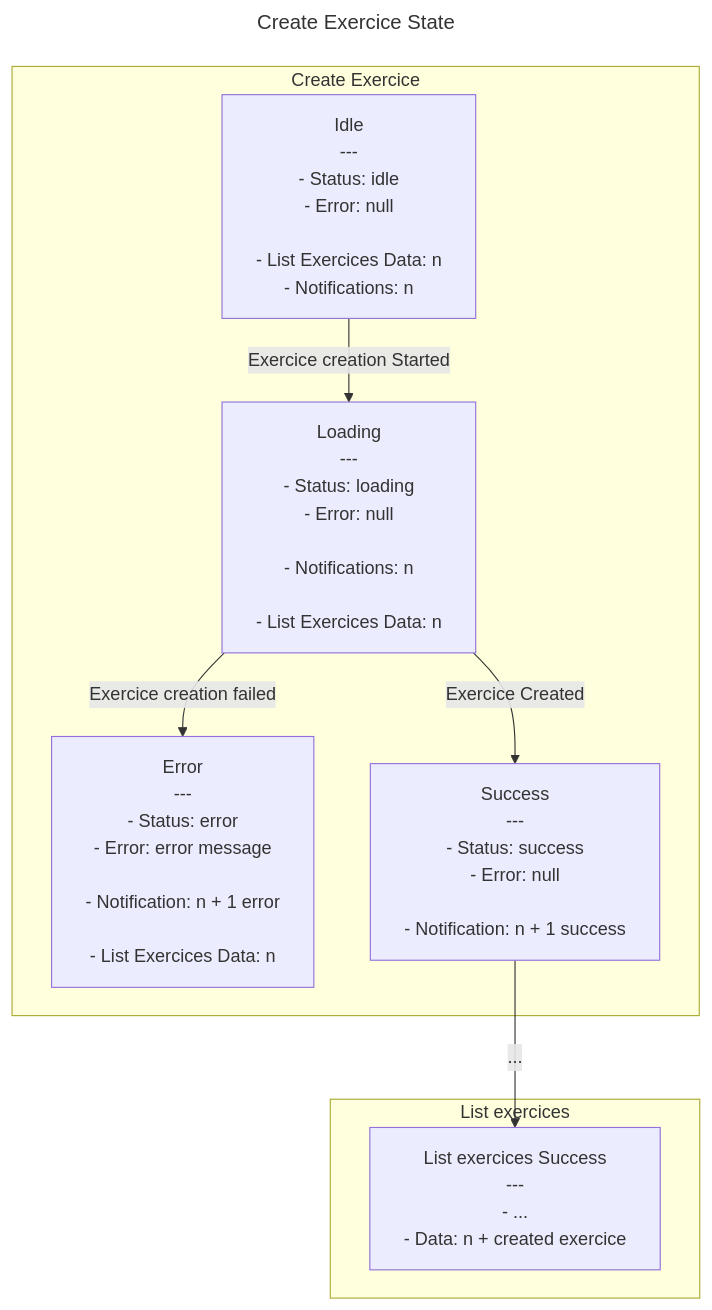
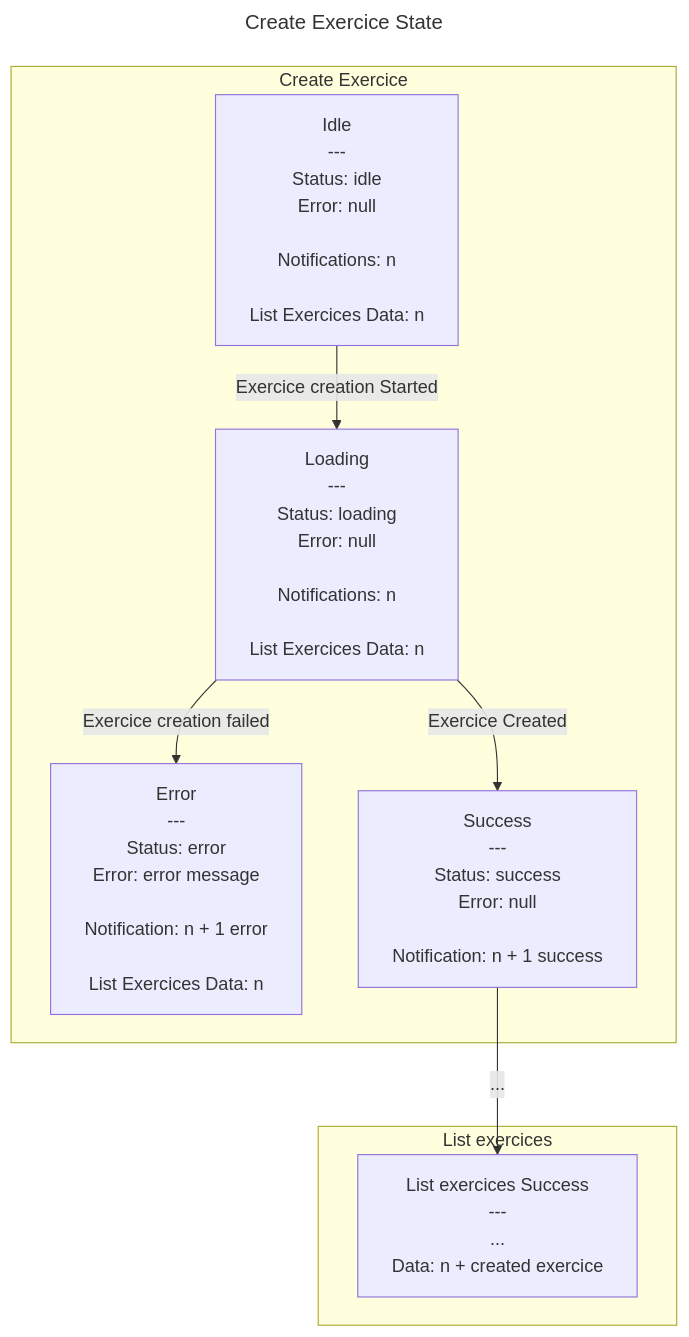
The third of 3 diagrams in README.md (davidroberto/react-redux-clean-architecture-tdd-eda-vertical-slices), drawn with Mermaid before and after one commit. The commit also changed 5 other files, not shown here.

Commit message:
doc: update fsm diagram for prevent the list md render error

````diff
--- a/README.md
+++ b/README.md
@@ -217,66 +217,67 @@
 ```mermaid
 ---
 title: Create Exercice State
 ---
 
 flowchart TD
   A[
         Idle
 ---
-- Status: idle
-- Error: null
+Status: idle
+Error: null
 
-- List Exercices Data: n
-- Notifications: n
+Notifications: n
+
+List Exercices Data: n
 ]
 
 B[
 Loading
 ---
-- Status: loading
-- Error: null
+Status: loading
+Error: null
 
-- Notifications: n
+Notifications: n
 
-- List Exercices Data: n
+List Exercices Data: n
 ]
 
 C[
 Error
 ---
-- Status: error
-- Error: error message
+Status: error
+Error: error message
 
-- Notification: n + 1 error
+Notification: n + 1 error
 
-- List Exercices Data: n
+List Exercices Data: n
 ]
 
 D[
 Success
 ---
-- Status: success
-- Error: null
+Status: success
+Error: null
 
-- Notification: n + 1 success
+Notification: n + 1 success
 ]
 
 
 E[
 List exercices Success
 ---
-- ...
-- Data: n + created exercice
+...
+Data: n + created exercice
 ]
 
 subgraph Create Exercice
 A -->|Exercice creation Started|B
 B -->|Exercice creation failed|C
 B -->|Exercice Created|D
 end
 
 subgraph List exercices
 D -->|...|E
 end
 
 ```
````
